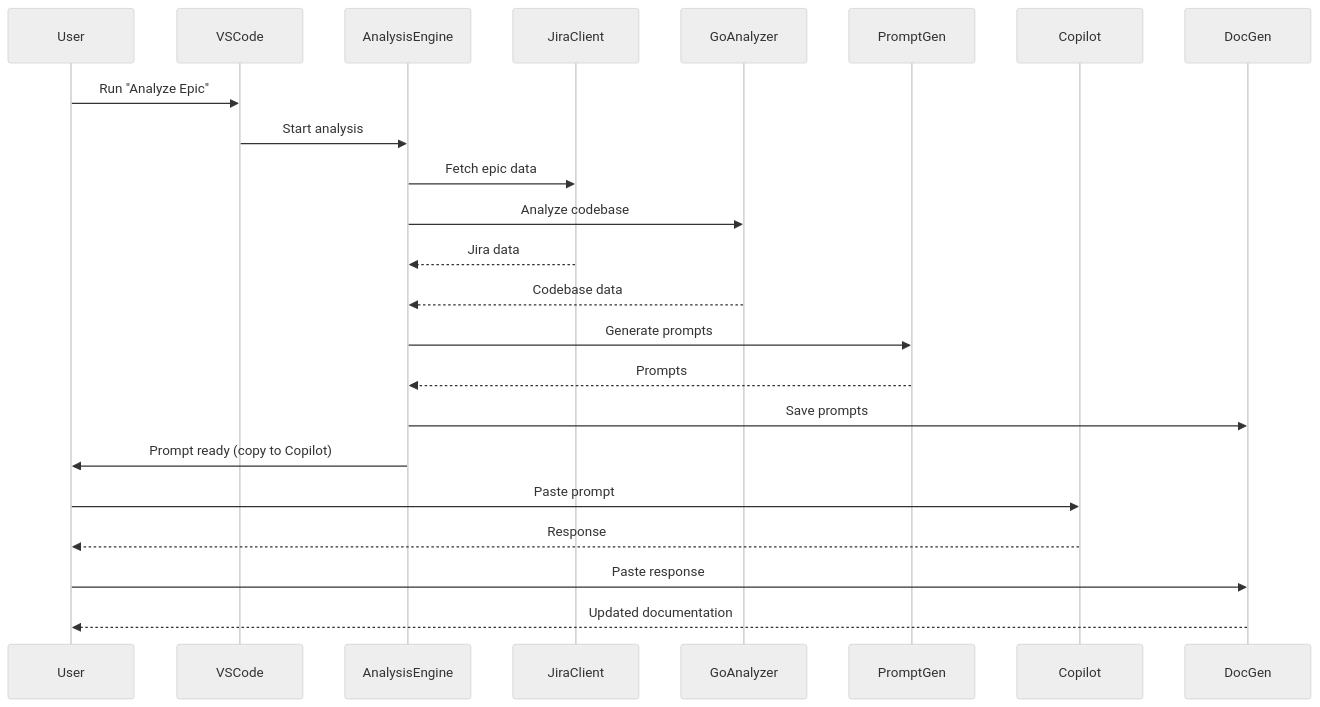
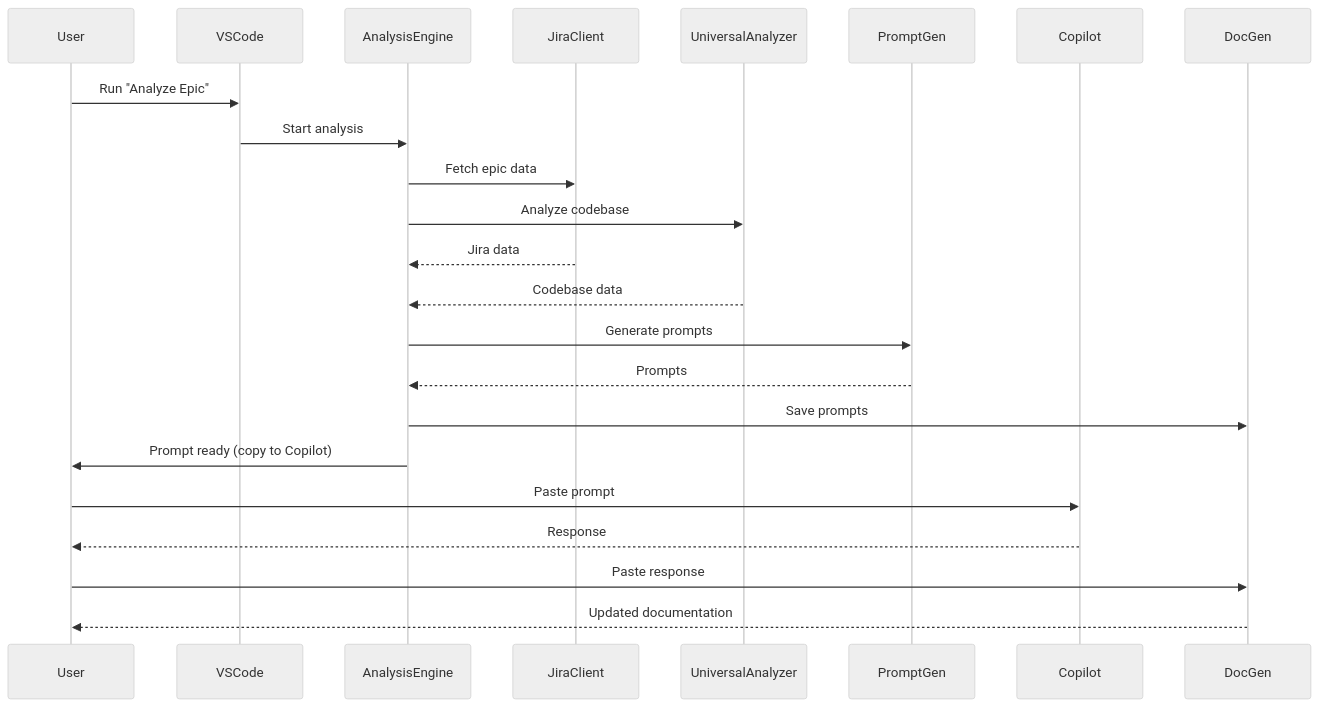
One commit to Srinidhi94/Product-Owner-AI-Agent changed the second of 2 diagrams in docs/PRODUCT_REQUIREMENTS.md. Above: the diagram before and after it, drawn with Mermaid (neutral theme). The commit also changed other lines of this file and 31 other files, not shown here.

````diff
--- a/docs/PRODUCT_REQUIREMENTS.md
+++ b/docs/PRODUCT_REQUIREMENTS.md
@@ -90,26 +90,26 @@
 ```mermaid
 sequenceDiagram
     participant User
     participant VSCode
     participant AnalysisEngine
     participant JiraClient
-    participant GoAnalyzer
+    participant UniversalAnalyzer
     participant PromptGen
     participant Copilot
     participant DocGen
 
     User->>VSCode: Run "Analyze Epic"
     VSCode->>AnalysisEngine: Start analysis
     AnalysisEngine->>JiraClient: Fetch epic data
-    AnalysisEngine->>GoAnalyzer: Analyze codebase
+    AnalysisEngine->>UniversalAnalyzer: Analyze codebase
     JiraClient-->>AnalysisEngine: Jira data
-    GoAnalyzer-->>AnalysisEngine: Codebase data
+    UniversalAnalyzer-->>AnalysisEngine: Codebase data
     AnalysisEngine->>PromptGen: Generate prompts
     PromptGen-->>AnalysisEngine: Prompts
     AnalysisEngine->>DocGen: Save prompts
     AnalysisEngine->>User: Prompt ready (copy to Copilot)
     User->>Copilot: Paste prompt
     Copilot-->>User: Response
     User->>DocGen: Paste response
     DocGen-->>User: Updated documentation
 ```
````
